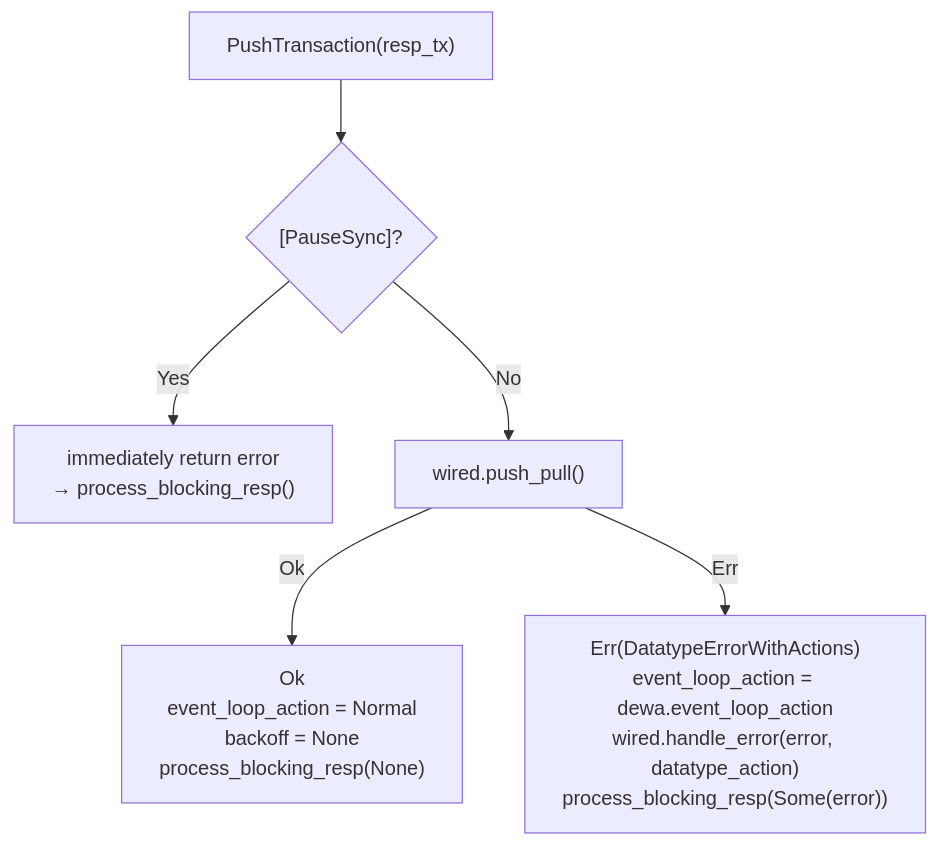
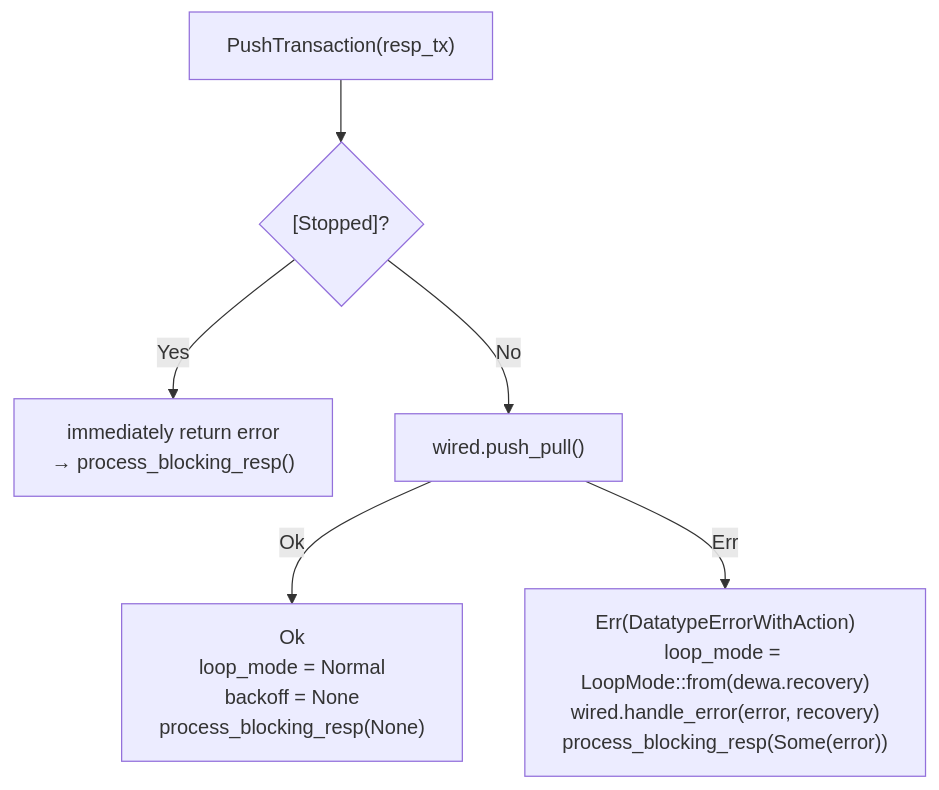
One commit to qortoo/qortoo-rs changed the fifth of 8 diagrams in docs/event-loop.md. Above: the diagram before and after it, drawn with Mermaid. The commit also changed other lines of this file and 29 other files, not shown here.

First line of the commit message:
💄refactor(errors): replace push-pull error taxonomy with RecoveryAction-based routing (#40)

````diff
--- a/docs/event-loop.md
+++ b/docs/event-loop.md
@@ -126,15 +129,15 @@
 ```mermaid
 flowchart TD
     PT["PushTransaction(resp_tx)"]
-    Pause{"[PauseSync]?"}
+    Pause{"[Stopped]?"}
     PauseErr["immediately return error\n→ process_blocking_resp()"]
     PushPull["wired.push_pull()"]
-    Ok["Ok\nevent_loop_action = Normal\nbackoff = None\nprocess_blocking_resp(None)"]
-    Err["Err(DatatypeErrorWithActions)\nevent_loop_action = dewa.event_loop_action\nwired.handle_error(error, datatype_action)\nprocess_blocking_resp(Some(error))"]
+    Ok["Ok\nloop_mode = Normal\nbackoff = None\nprocess_blocking_resp(None)"]
+    Err["Err(DatatypeErrorWithAction)\nloop_mode = LoopMode::from(dewa.recovery)\nwired.handle_error(error, recovery)\nprocess_blocking_resp(Some(error))"]
 
     PT --> Pause
     Pause -->|"Yes"| PauseErr
     Pause -->|"No"| PushPull
     PushPull -->|"Ok"| Ok
     PushPull -->|"Err"| Err
 ```
````
